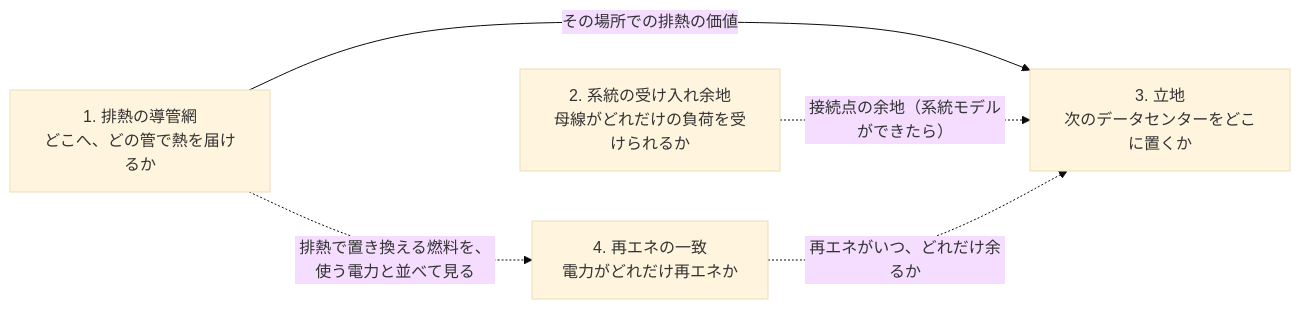
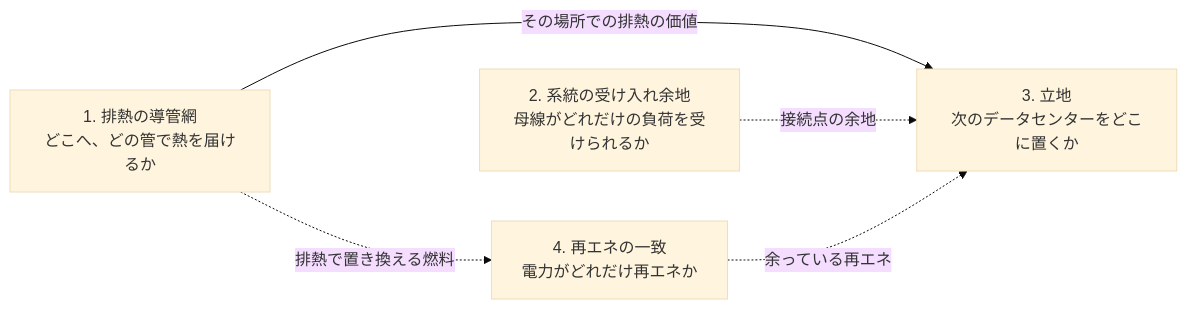
Before and after one commit to ggnsjp/team-data-center: the first of 5 diagrams in README.ja.md, drawn with Mermaid (base theme). The commit also changed other lines of this file and 2 other files, not shown here.

Commit message:
README: Koki Umebachi joins the team list; shorter labels in the diagram of how the themes connect

````diff
--- a/README.ja.md
+++ b/README.ja.md
@@ -240,11 +240,11 @@
 ```mermaid
 flowchart LR
   T1["1. 排熱の導管網<br/>どこへ、どの管で熱を届けるか"]
   T2["2. 系統の受け入れ余地<br/>母線がどれだけの負荷を受けられるか"]
   T3["3. 立地<br/>次のデータセンターをどこに置くか"]
   T4["4. 再エネの一致<br/>電力がどれだけ再エネか"]
   T1 -->|"その場所での排熱の価値"| T3
-  T2 -.->|"接続点の余地（系統モデルができたら）"| T3
-  T4 -.->|"再エネがいつ、どれだけ余るか"| T3
-  T1 -.->|"排熱で置き換える燃料を、使う電力と並べて見る"| T4
+  T2 -.->|"接続点の余地"| T3
+  T4 -.->|"余っている再エネ"| T3
+  T1 -.->|"排熱で置き換える燃料"| T4
 ```
````
